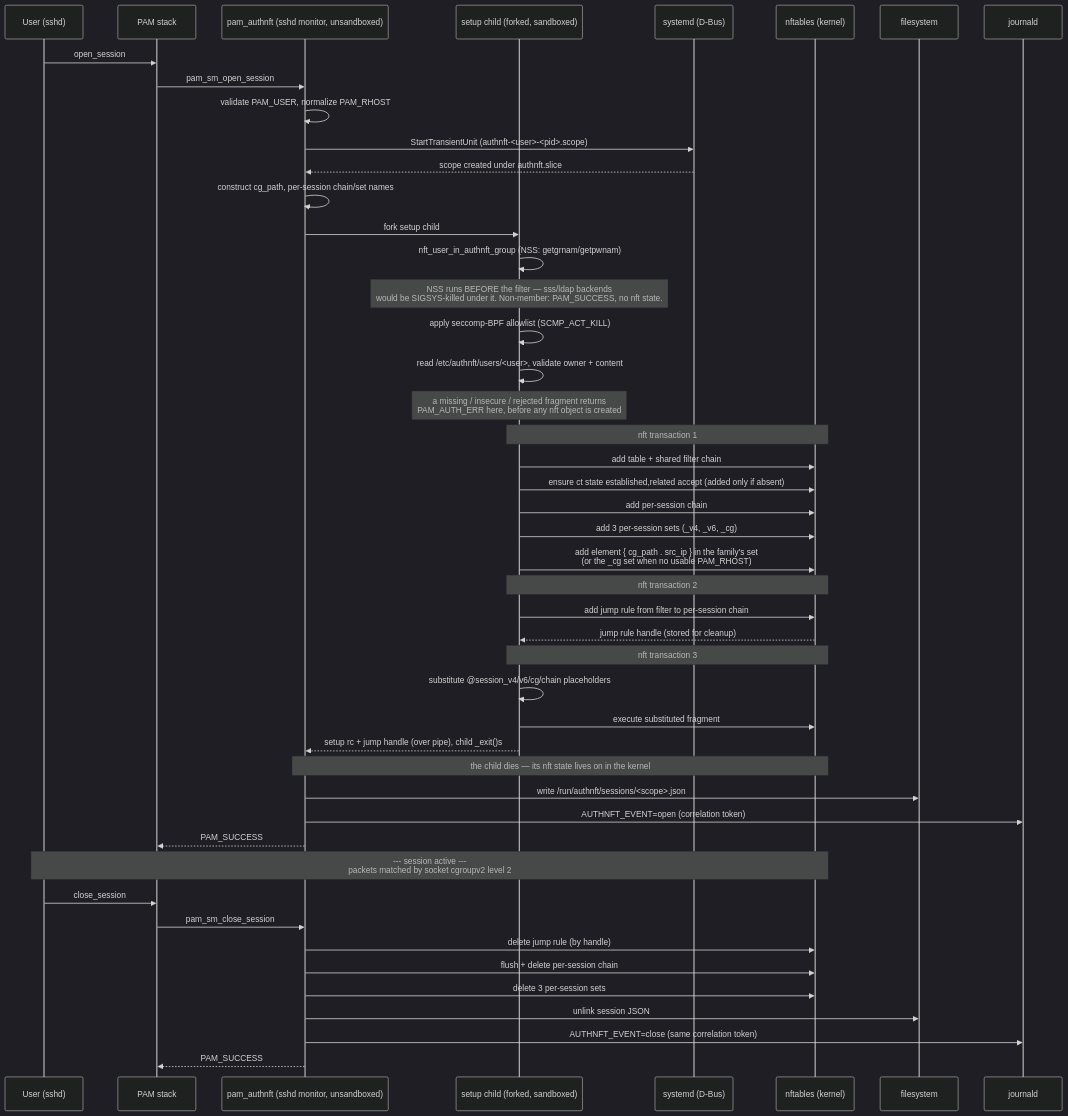
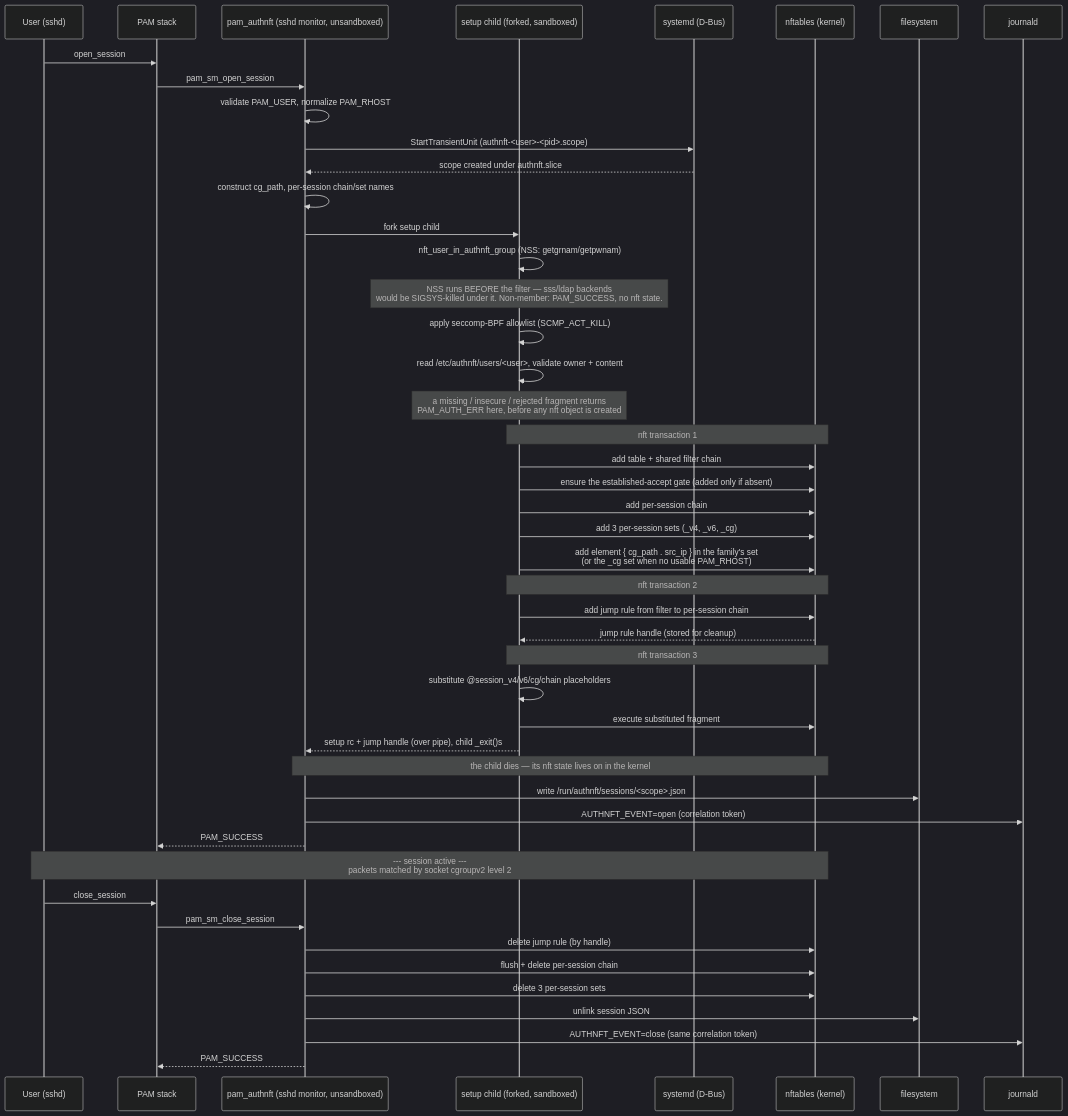
The first of 2 diagrams in docs/CONCEPTS.md (Strykar/pam_authnft), drawn with Mermaid (dark theme) before and after one commit. The commit also changed other lines of this file and 18 other files, not shown here.

First line of the commit message:
feat: revoke a session's established flows at close (#103) (#113)

````diff
--- a/docs/CONCEPTS.md
+++ b/docs/CONCEPTS.md
@@ -62,58 +62,58 @@
 ```mermaid
 sequenceDiagram
     participant U as User (sshd)
     participant P as PAM stack
     participant A as pam_authnft (sshd monitor, unsandboxed)
     participant C as setup child (forked, sandboxed)
     participant D as systemd (D-Bus)
     participant N as nftables (kernel)
     participant F as filesystem
     participant J as journald
 
     U->>P: open_session
     P->>A: pam_sm_open_session
     A->>A: validate PAM_USER, normalize PAM_RHOST
     A->>D: StartTransientUnit (authnft-<user>-<pid>.scope)
     D-->>A: scope created under authnft.slice
     A->>A: construct cg_path, per-session chain/set names
 
     A->>C: fork setup child
     C->>C: nft_user_in_authnft_group (NSS: getgrnam/getpwnam)
     Note over C: NSS runs BEFORE the filter — sss/ldap backends<br/>would be SIGSYS-killed under it. Non-member: PAM_SUCCESS, no nft state.
     C->>C: apply seccomp-BPF allowlist (SCMP_ACT_KILL)
     C->>C: read /etc/authnft/users/<user>, validate owner + content
     Note over C: a missing / insecure / rejected fragment returns<br/>PAM_AUTH_ERR here, before any nft object is created
 
     Note over C,N: nft transaction 1
     C->>N: add table + shared filter chain
-    C->>N: ensure ct state established,related accept (added only if absent)
+    C->>N: ensure the established-accept gate (added only if absent)
     C->>N: add per-session chain
     C->>N: add 3 per-session sets (_v4, _v6, _cg)
     C->>N: add element { cg_path . src_ip } in the family's set<br/>(or the _cg set when no usable PAM_RHOST)
 
     Note over C,N: nft transaction 2
     C->>N: add jump rule from filter to per-session chain
     N-->>C: jump rule handle (stored for cleanup)
 
     Note over C,N: nft transaction 3
     C->>C: substitute @session_v4/v6/cg/chain placeholders
     C->>N: execute substituted fragment
 
     C-->>A: setup rc + jump handle (over pipe), child _exit()s
     Note over A,N: the child dies — its nft state lives on in the kernel
 
     A->>F: write /run/authnft/sessions/<scope>.json
     A->>J: AUTHNFT_EVENT=open (correlation token)
     A-->>P: PAM_SUCCESS
 
     Note over U,N: --- session active ---<br/>packets matched by socket cgroupv2 level 2
 
     U->>P: close_session
     P->>A: pam_sm_close_session
     A->>N: delete jump rule (by handle)
     A->>N: flush + delete per-session chain
     A->>N: delete 3 per-session sets
     A->>F: unlink session JSON
     A->>J: AUTHNFT_EVENT=close (same correlation token)
     A-->>P: PAM_SUCCESS
 ```
````
